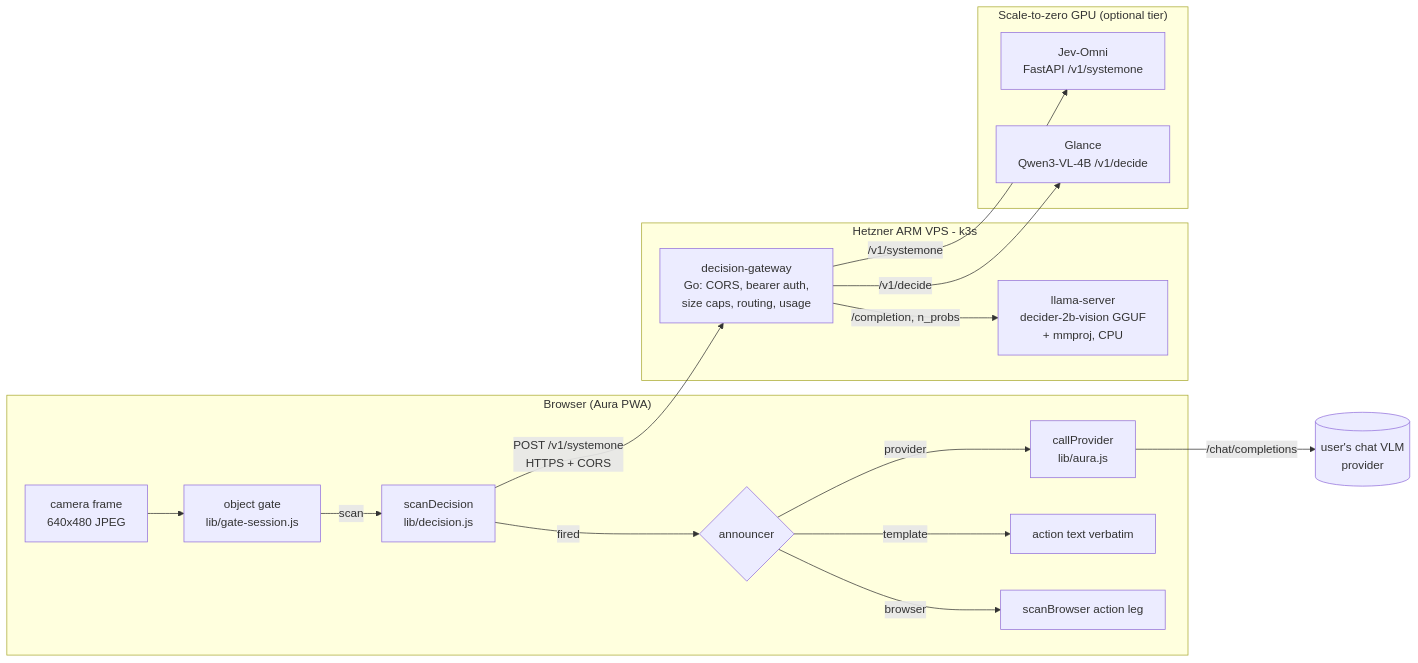
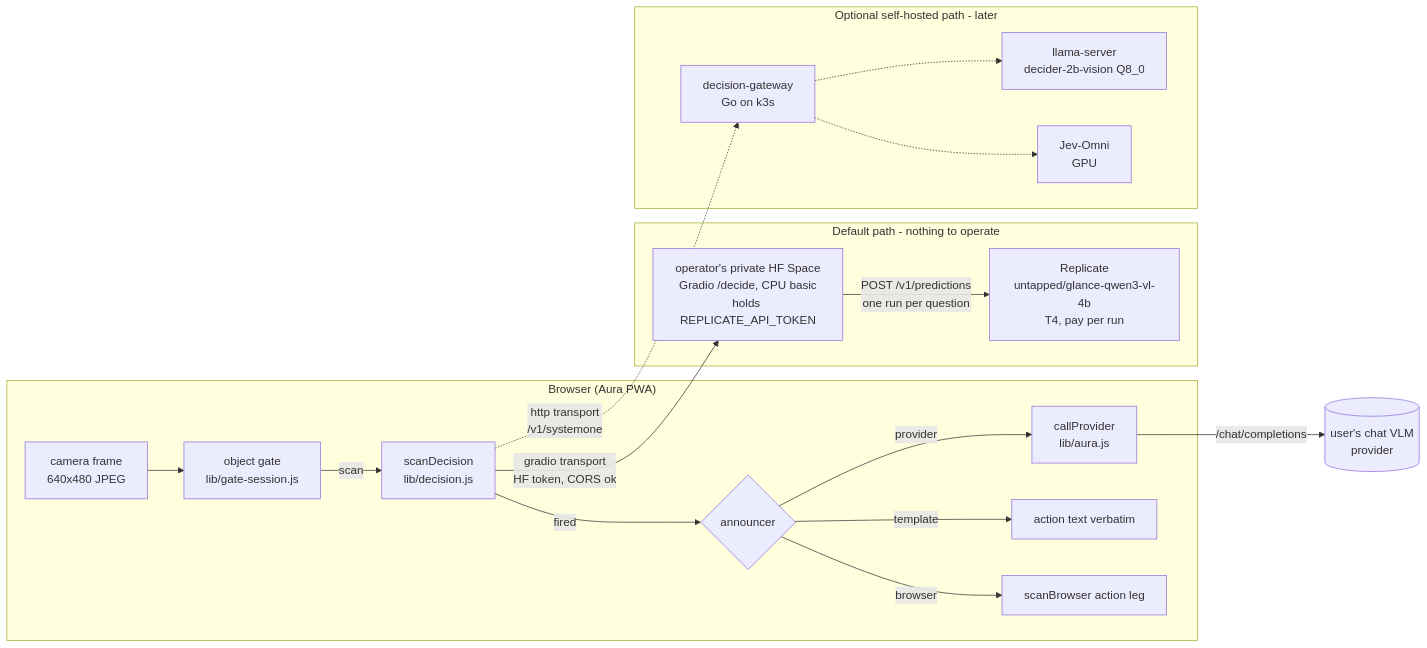
One commit to barakplasma/Aura changed the first of 2 diagrams in docs/PRD-decision-engine.md. Above: the diagram before and after it, drawn with Mermaid. The commit also changed other lines of this file, not shown here.

First line of the commit message:
docs(prd): make a private HF Space -> Replicate Glance the default path

````diff
--- a/docs/PRD-decision-engine.md
+++ b/docs/PRD-decision-engine.md
@@ -143,27 +146,29 @@
 ```mermaid
 flowchart LR
   subgraph Phone["Browser (Aura PWA)"]
     CAM[camera frame<br/>640x480 JPEG] --> GATE[object gate<br/>lib/gate-session.js]
     GATE -->|scan| DEC[scanDecision<br/>lib/decision.js]
     DEC -->|fired| ANN{announcer}
     ANN -->|provider| PROV[callProvider<br/>lib/aura.js]
     ANN -->|template| TPL[action text verbatim]
     ANN -->|browser| BRW[scanBrowser action leg]
   end
 
-  subgraph K3s["Hetzner ARM VPS - k3s"]
-    GW[decision-gateway<br/>Go: CORS, bearer auth,<br/>size caps, routing, usage]
-    LS[llama-server<br/>decider-2b-vision GGUF<br/>+ mmproj, CPU]
+  subgraph Default["Default path - nothing to operate"]
+    SP[operator's private HF Space<br/>Gradio /decide, CPU basic<br/>holds REPLICATE_API_TOKEN]
+    RP[Replicate<br/>untapped/glance-qwen3-vl-4b<br/>T4, pay per run]
   end
 
-  subgraph GPU["Scale-to-zero GPU (optional tier)"]
-    JO[Jev-Omni<br/>FastAPI /v1/systemone]
-    GL[Glance<br/>Qwen3-VL-4B /v1/decide]
+  subgraph Later["Optional self-hosted path - later"]
+    GW[decision-gateway<br/>Go on k3s]
+    LS[llama-server<br/>decider-2b-vision Q8_0]
+    JO[Jev-Omni<br/>GPU]
   end
 
-  DEC -- "POST /v1/systemone<br/>HTTPS + CORS" --> GW
-  GW -- "/completion, n_probs" --> LS
-  GW -- "/v1/systemone" --> JO
-  GW -- "/v1/decide" --> GL
+  DEC -- "gradio transport<br/>HF token, CORS ok" --> SP
+  SP -- "POST /v1/predictions<br/>one run per question" --> RP
+  DEC -. "http transport<br/>/v1/systemone" .-> GW
+  GW -.-> LS
+  GW -.-> JO
   PROV -- "/chat/completions" --> CLOUD[(user's chat VLM<br/>provider)]
 ```
````
